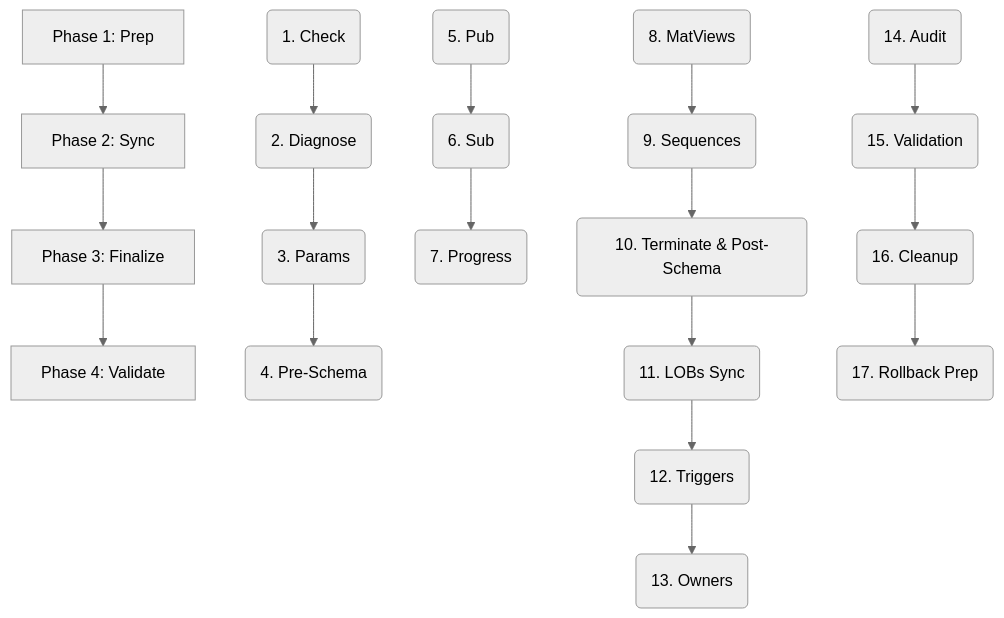
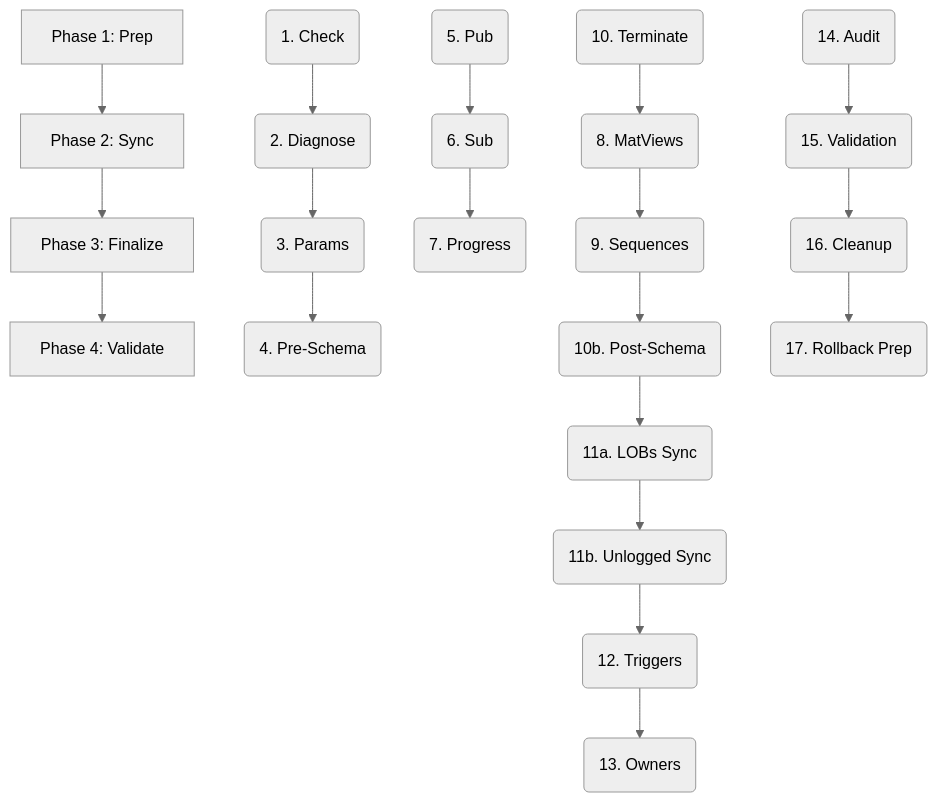
One commit to jmrenouard/pg_logical_migrator changed the diagram in DOCS/WORKFLOW.md. Above: the diagram before and after it, drawn with Mermaid (neutral theme). The commit also changed other lines of this file and 24 other files, not shown here.

Commit message:
docs: align CLI/CI specs, convert CI diagrams to Mermaid, and add Diataxis portal (#12)

````diff
--- a/DOCS/WORKFLOW.md
+++ b/DOCS/WORKFLOW.md
@@ -38,23 +40,25 @@
 ```mermaid
-graph TD
-    A[Phase 1: Prep] --> B[Phase 2: Sync]
-    B --> C[Phase 3: Finalize]
-    C --> D[Phase 4: Validate]
-    
-    A1(1. Check) --> A2(2. Diagnose)
-    A2 --> A3(3. Params)
-    A3 --> A4(4. Pre-Schema)
-    
-    B5(5. Pub) --> B6(6. Sub)
-    B6 --> B7(7. Progress)
-    
-    C8(8. MatViews) --> C9(9. Sequences)
-    C9 --> C10(10. Terminate & Post-Schema)
-    C10 --> C11(11. LOBs Sync)
-    C11 --> C12(12. Triggers)
-    C12 --> C13(13. Owners)
-    
-    D14(14. Audit) --> D15(15. Validation)
-    D15 --> D16(16. Cleanup)
-    D16 --> D17(17. Rollback Prep)
+flowchart TD
+    A["Phase 1: Prep"] --> B["Phase 2: Sync"]
+    B --> C["Phase 3: Finalize"]
+    C --> D["Phase 4: Validate"]
+
+    A1("1. Check") --> A2("2. Diagnose")
+    A2 --> A3("3. Params")
+    A3 --> A4("4. Pre-Schema")
+
+    B5("5. Pub") --> B6("6. Sub")
+    B6 --> B7("7. Progress")
+
+    C10("10. Terminate") --> C8("8. MatViews")
+    C8 --> C9("9. Sequences")
+    C9 --> C10b("10b. Post-Schema")
+    C10b --> C11a("11a. LOBs Sync")
+    C11a --> C11b("11b. Unlogged Sync")
+    C11b --> C12("12. Triggers")
+    C12 --> C13("13. Owners")
+
+    D14("14. Audit") --> D15("15. Validation")
+    D15 --> D16("16. Cleanup")
+    D16 --> D17("17. Rollback Prep")
 ```
````
